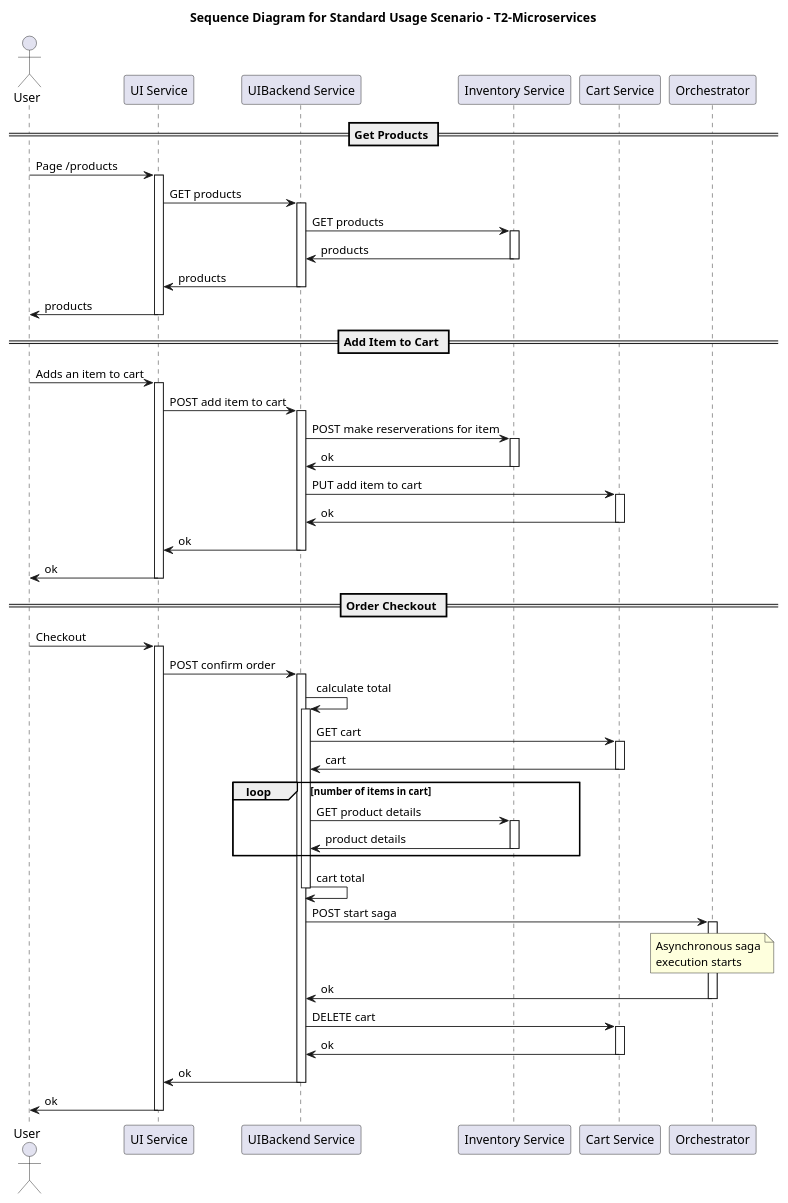
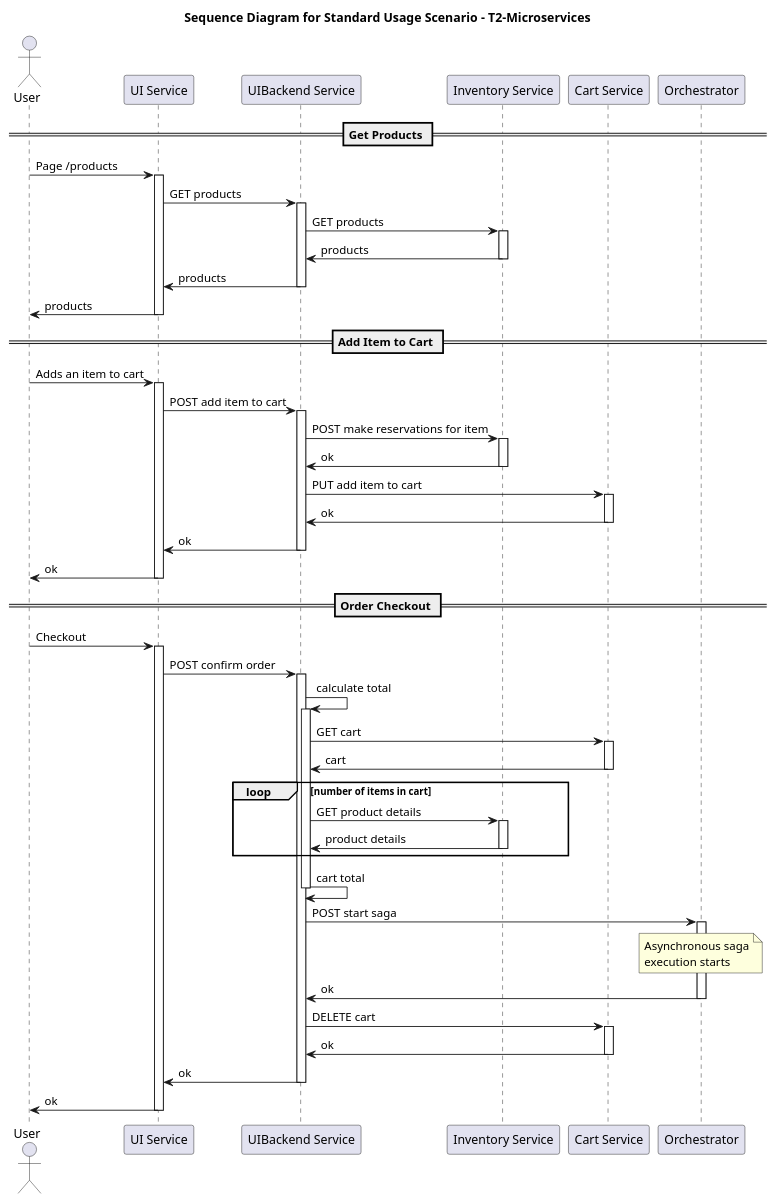
The diagram in source/diagrams/sequence-microservices-user.puml (t2-project/documentation), drawn with PlantUML before and after one commit. The commit also changed 9 other files, not shown here.

Commit message:
diagrams improvements

```diff
--- a/source/diagrams/sequence-microservices-user.puml
+++ b/source/diagrams/sequence-microservices-user.puml
@@ -6,52 +6,52 @@
 @startuml sequence-microservices-user
 
 title Sequence Diagram for Standard Usage Scenario - T2-Microservices
 
 actor       "User"              as user
 participant "UI Service"        as ui
 participant "UIBackend Service" as uibackend
 participant "Inventory Service" as inventory
 participant "Cart Service"      as cart
 participant "Orchestrator"      as orchestrator
 
 == Get Products ==
 
 user -> ui ++ : Page /products
 ui -> uibackend ++ : GET products
 uibackend -> inventory ++ : GET products
 uibackend <- inventory -- : products
 ui <- uibackend -- : products
 user <- ui -- : products
 
 == Add Item to Cart ==
 
 user -> ui ++ : Adds an item to cart
 ui -> uibackend ++ : POST add item to cart
-uibackend -> inventory ++ : POST make reserverations for item
+uibackend -> inventory ++ : POST make reservations for item
 uibackend <- inventory -- : ok
 uibackend -> cart ++ : PUT add item to cart
 uibackend <- cart -- : ok
 ui <- uibackend -- : ok
 user <- ui -- : ok
 
 == Order Checkout ==
 
 user -> ui ++ : Checkout
 ui -> uibackend ++ : POST confirm order
 uibackend -> uibackend ++ : calculate total
 uibackend -> cart ++ : GET cart
 uibackend <- cart -- : cart
 loop number of items in cart
     uibackend -> inventory ++ : GET product details
     uibackend <- inventory -- : product details
 end
 uibackend -> uibackend -- : cart total
 uibackend -> orchestrator ++ : POST start saga
 note over orchestrator : Asynchronous saga\nexecution starts
 uibackend <- orchestrator -- : ok
 uibackend -> cart ++ : DELETE cart
 uibackend <- cart -- : ok
 ui <- uibackend -- : ok
 user <- ui -- : ok
 
 @enduml
```
